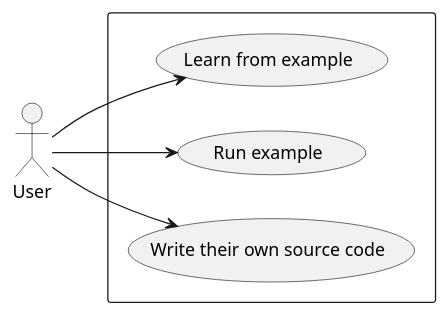
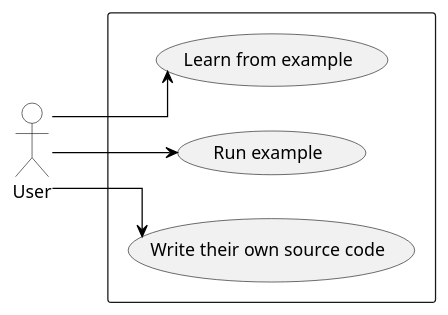
The diagram in res/uml/use-cases-frontend.puml (NiccoMlt/protelis-web-thesis), drawn with PlantUML before and after one commit. The commit also changed 16 other files, not shown here.

```diff
--- a/res/uml/use-cases-frontend.puml
+++ b/res/uml/use-cases-frontend.puml
@@ -1,19 +1,27 @@
 @startuml use-cases-frontend
 
-skinparam monochrome true
+skinparam {
+  linetype ortho
+  monochrome true
+  ArrowColor black
+  backgroundColor transparent
+  classBackgroundColor transparent
+  ' style strictuml
+  actorBackgroundColor transparent
+  componentBackgroundColor transparent
+}
 left to right direction
 
 :User: as user
 
 rectangle {
   (Learn from example) as learn
   (Run example) as run
   (Write their own source code) as write
 }
 
 user --> learn
 user --> run
 user --> write
-' user -right-> create
 
 @enduml
```
